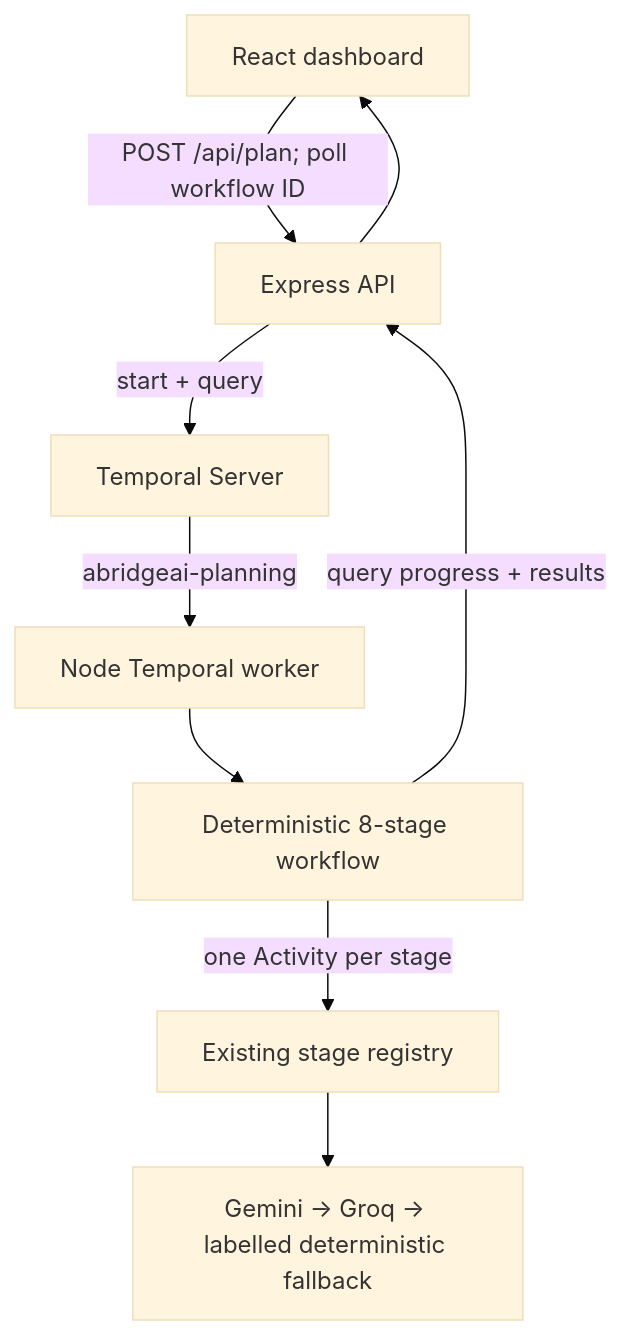
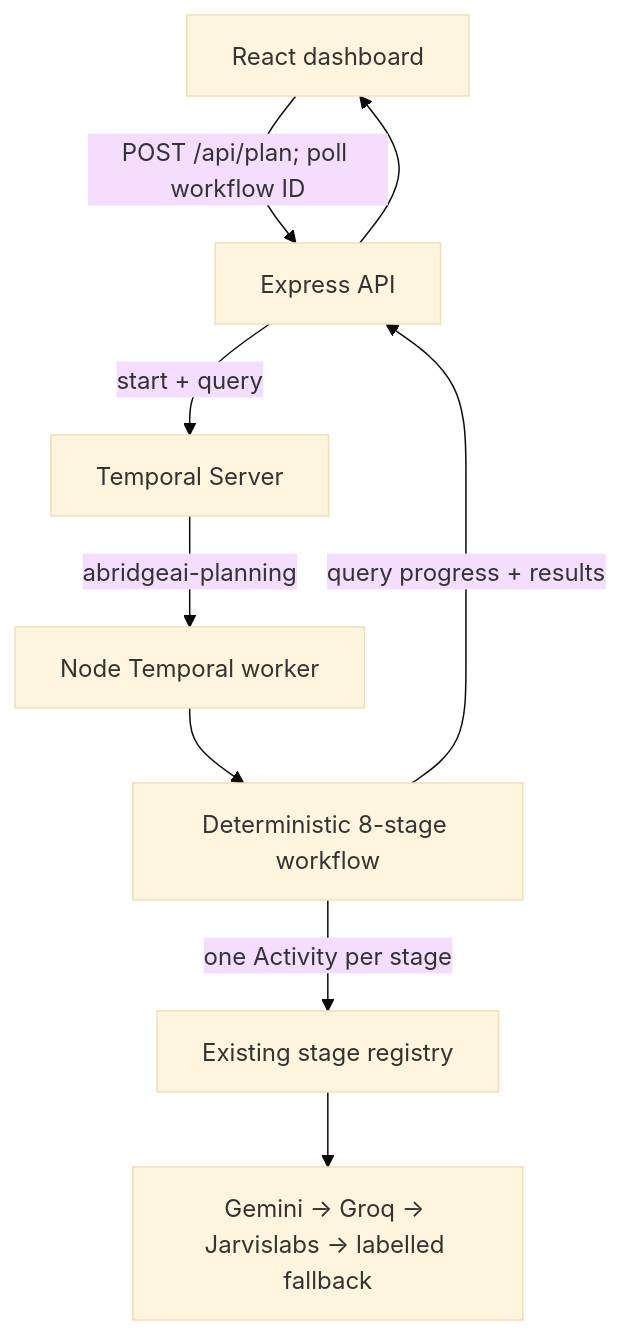
Before and after one commit to suzannet-menon/Abridge-Ai: the diagram in README.md, drawn with Mermaid (base theme). The commit also changed other lines of this file and 3 other files, not shown here.

````diff
--- a/README.md
+++ b/README.md
@@ -88,11 +90,11 @@
 ```mermaid
 flowchart TD
     UI["React dashboard"] -->|"POST /api/plan; poll workflow ID"| API["Express API"]
     API -->|"start + query"| TS["Temporal Server"]
     TS -->|"abridgeai-planning"| WORKER["Node Temporal worker"]
     WORKER --> WF["Deterministic 8-stage workflow"]
     WF -->|"one Activity per stage"| PIPE["Existing stage registry"]
-    PIPE --> LLM["Gemini → Groq → labelled deterministic fallback"]
+    PIPE --> LLM["Gemini → Groq → Jarvislabs → labelled fallback"]
     WF -->|"query progress + results"| API
     API --> UI
 ```
````
